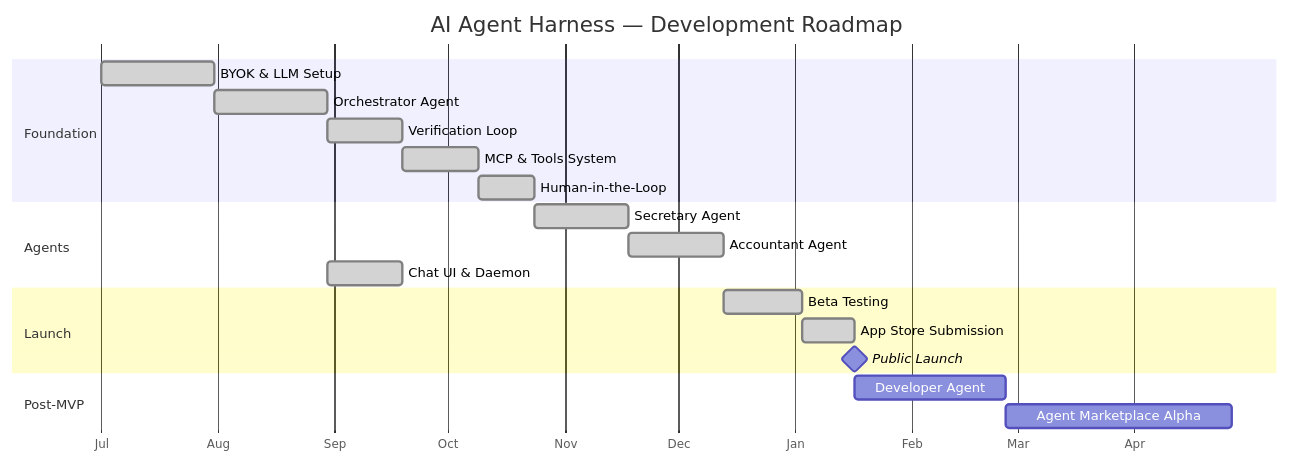
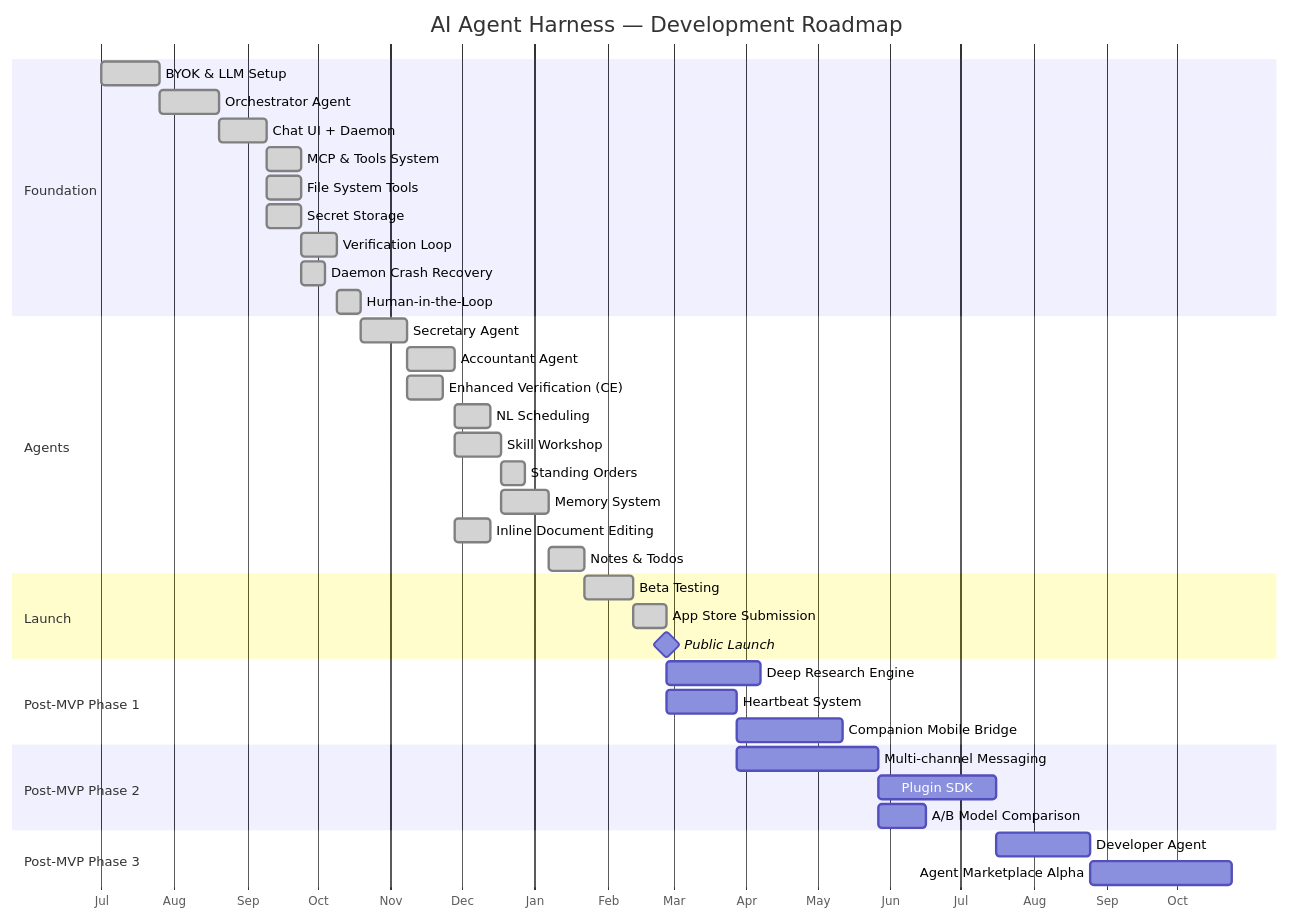
The seventh of 7 diagrams in PRD.md (MyBoTeam/MyBoTeam), drawn with Mermaid before and after one commit. The commit also changed other lines of this file and 1 other file, not shown here.

````diff
--- a/PRD.md
+++ b/PRD.md
@@ -1128,27 +1628,47 @@
 ```mermaid
 gantt
     title AI Agent Harness — Development Roadmap
     dateFormat YYYY-MM-DD
     axisFormat %b
 
     section Foundation
-    BYOK & LLM Setup          :done, f1, 2026-07-01, 30d
-    Orchestrator Agent        :done, f2, after f1, 30d
-    Verification Loop         :done, f3, after f2, 20d
-    MCP & Tools System        :done, f4, after f3, 20d
-    Human-in-the-Loop         :done, f5, after f4, 15d
+    BYOK & LLM Setup            :done, f1, 2026-07-01, 25d
+    Orchestrator Agent          :done, f2, after f1, 25d
+    Chat UI + Daemon            :done, f3, after f2, 20d
+    MCP & Tools System          :done, f4, after f3, 15d
+    File System Tools           :done, f5, after f3, 15d
+    Secret Storage              :done, f6, after f3, 15d
+    Verification Loop           :done, f7, after f4, 15d
+    Daemon Crash Recovery       :done, f8, after f6, 10d
+    Human-in-the-Loop           :done, f9, after f7, 10d
 
     section Agents
-    Secretary Agent           :done, a1, after f5, 25d
-    Accountant Agent          :done, a2, after a1, 25d
-    Chat UI & Daemon          :done, a3, after f2, 20d
+    Secretary Agent             :done, a1, after f9, 20d
+    Accountant Agent            :done, a2, after a1, 20d
+    Enhanced Verification (CE)  :done, a3, after a1, 15d
+    NL Scheduling               :done, a4, after a2, 15d
+    Skill Workshop              :done, a5, after a2, 20d
+    Standing Orders             :done, a6, after a5, 10d
+    Memory System               :done, a7, after a5, 20d
+    Inline Document Editing     :done, a8, after a2, 15d
+    Notes & Todos               :done, a9, after a7, 15d
 
     section Launch
-    Beta Testing              :done, l1, after a2, 21d
-    App Store Submission      :done, l2, after l1, 14d
-    Public Launch             :milestone, m3, after l2, 0d
+    Beta Testing                :done, l1, after a9, 21d
+    App Store Submission        :done, l2, after l1, 14d
+    Public Launch               :milestone, m3, after l2, 0d
 
-    section Post-MVP
-    Developer Agent           :l3, after m3, 40d
-    Agent Marketplace Alpha   :l4, after l3, 60d
+    section Post-MVP Phase 1
+    Deep Research Engine        :l3, after m3, 40d
+    Heartbeat System            :l4, after m3, 30d
+    Companion Mobile Bridge     :l5, after l4, 45d
+
+    section Post-MVP Phase 2
+    Multi-channel Messaging     :l6, after l4, 60d
+    Plugin SDK                  :l7, after l6, 50d
+    A/B Model Comparison        :l8, after l6, 20d
+
+    section Post-MVP Phase 3
+    Developer Agent             :l9, after l7, 40d
+    Agent Marketplace Alpha     :l10, after l9, 60d
 ```
````
